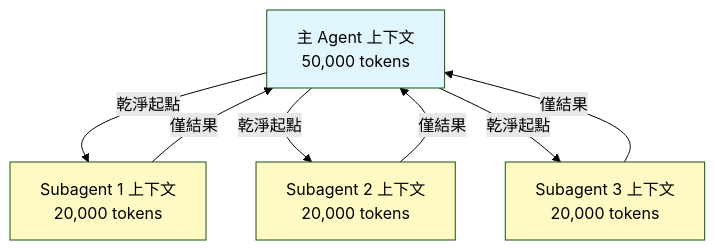
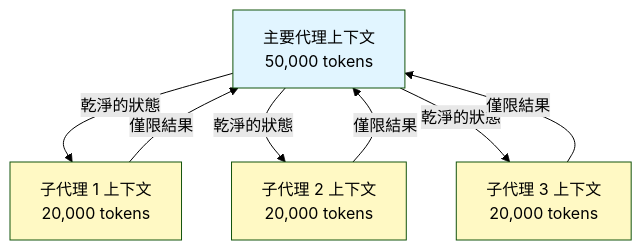
The seventh of 22 diagrams in claude_concepts_guide.md (huckly/claude-howto-zh-tw), drawn with Mermaid (forest theme) before and after one commit. The commit also changed other lines of this file and 6 other files, not shown here.

````diff
--- a/claude_concepts_guide.md
+++ b/claude_concepts_guide.md
@@ -505,20 +495,20 @@
 ```mermaid
 graph TB
-    A["主 Agent 上下文<br/>50,000 tokens"]
-    B["Subagent 1 上下文<br/>20,000 tokens"]
-    C["Subagent 2 上下文<br/>20,000 tokens"]
-    D["Subagent 3 上下文<br/>20,000 tokens"]
+    A["主要代理上下文<br/>50,000 tokens"]
+    B["子代理 1 上下文<br/>20,000 tokens"]
+    C["子代理 2 上下文<br/>20,000 tokens"]
+    D["子代理 3 上下文<br/>20,000 tokens"]
 
-    A -->|乾淨起點| B
-    A -->|乾淨起點| C
-    A -->|乾淨起點| D
+    A -->|乾淨的狀態| B
+    A -->|乾淨的狀態| C
+    A -->|乾淨的狀態| D
 
-    B -->|僅結果| A
-    C -->|僅結果| A
-    D -->|僅結果| A
+    B -->|僅限結果| A
+    C -->|僅限結果| A
+    D -->|僅限結果| A
 
     style A fill:#e1f5ff
     style B fill:#fff9c4
     style C fill:#fff9c4
     style D fill:#fff9c4
 ```
````
